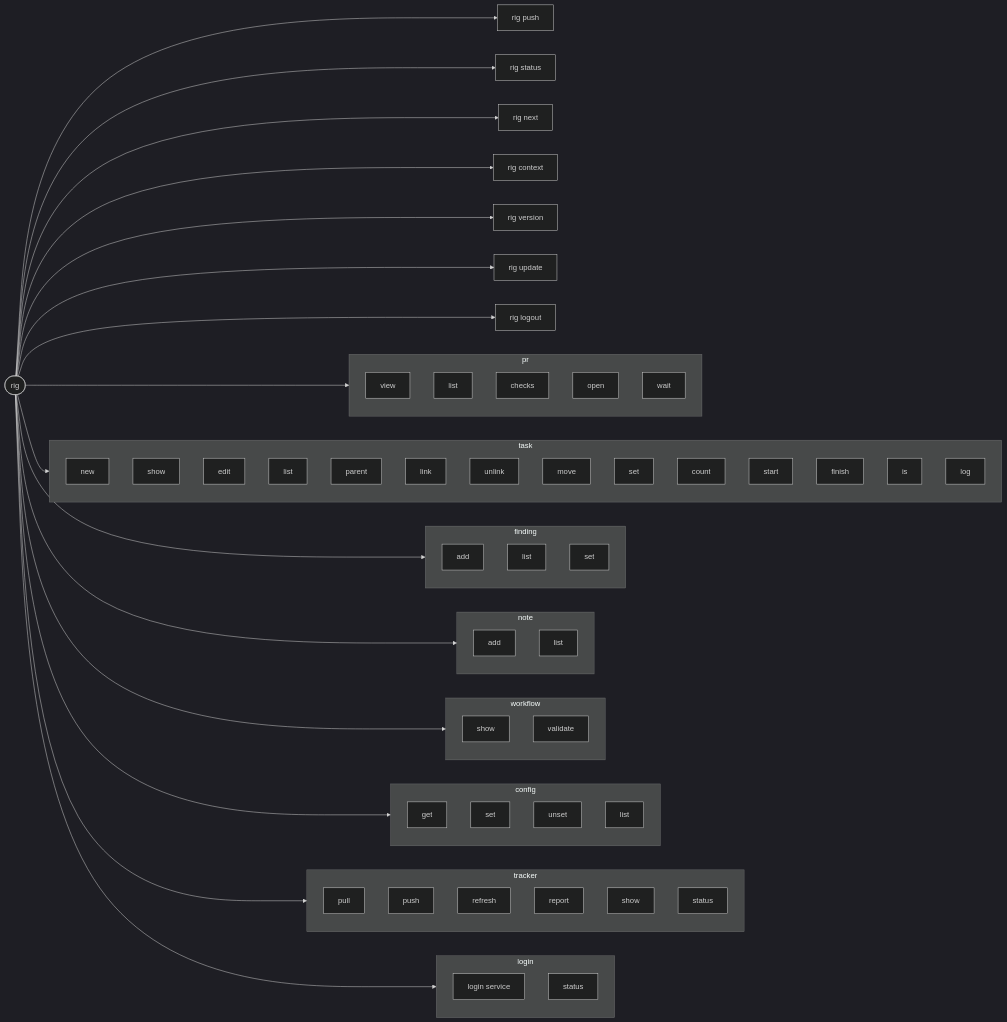
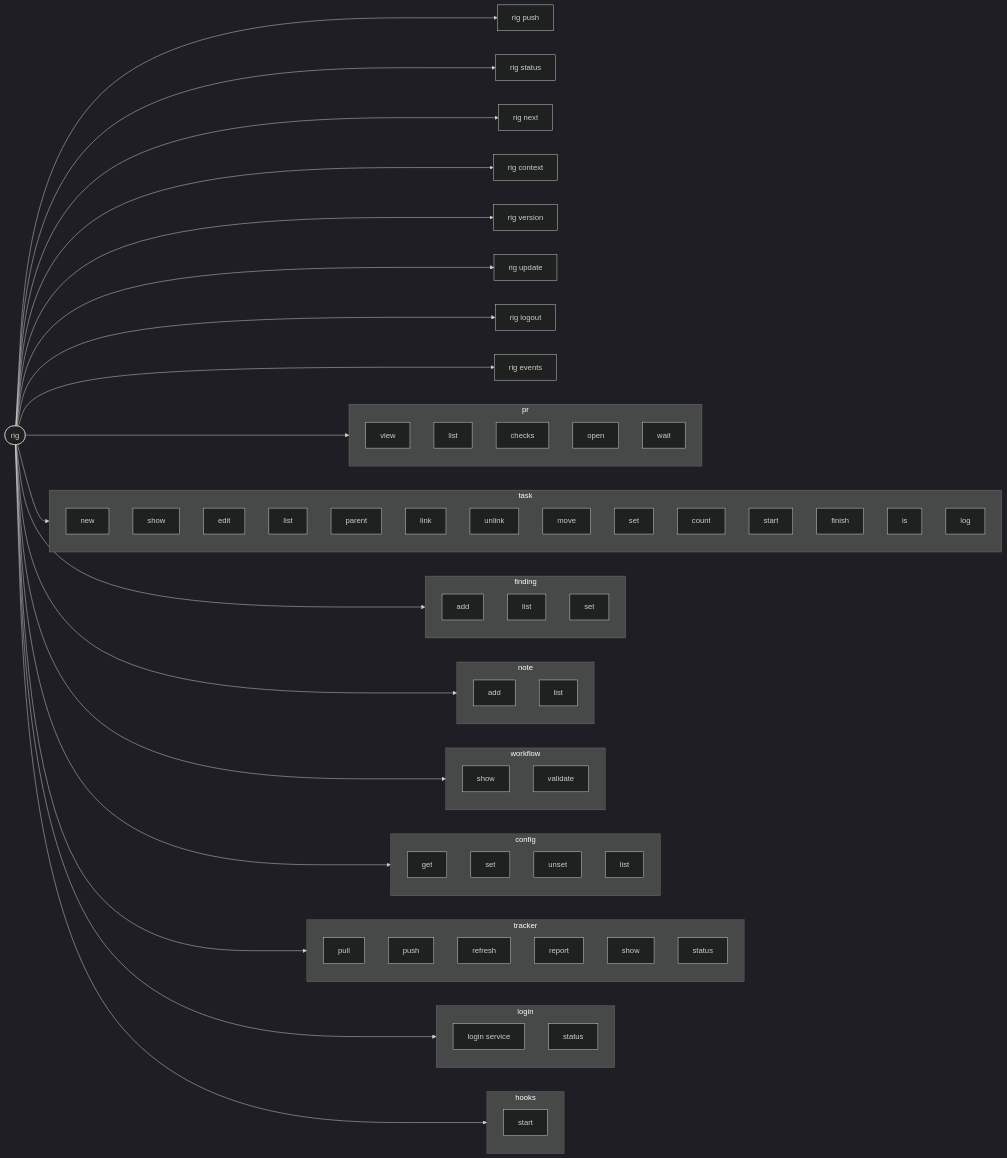
The first of 2 diagrams in README.md (AindriuB/rig), drawn with Mermaid (dark theme) before and after one commit. The commit also changed other lines of this file and 4 other files, not shown here.

````diff
--- a/README.md
+++ b/README.md
@@ -172,74 +176,79 @@
 ```mermaid
 %% alt: Every rig command grouped under its first word, with each subcommand as a node under its noun.
 flowchart LR
   rig([rig])
   rig --> push["rig push"]
   rig --> status["rig status"]
   rig --> next["rig next"]
   rig --> context["rig context"]
   rig --> version["rig version"]
   rig --> update["rig update"]
   rig --> pr
   rig --> task
   rig --> finding
   rig --> note
   rig --> workflow
   rig --> config
   rig --> tracker
   rig --> login
   rig --> logout["rig logout"]
+  rig --> events["rig events"]
+  rig --> hooks
   subgraph pr [pr]
     pr_view["view"]
     pr_list["list"]
     pr_checks["checks"]
     pr_open["open"]
     pr_wait["wait"]
   end
   subgraph task [task]
     task_new["new"]
     task_show["show"]
     task_edit["edit"]
     task_list["list"]
     task_parent["parent"]
     task_link["link"]
     task_unlink["unlink"]
     task_move["move"]
     task_set["set"]
     task_count["count"]
     task_start["start"]
     task_finish["finish"]
     task_is["is"]
     task_log["log"]
   end
   subgraph finding [finding]
     finding_add["add"]
     finding_list["list"]
     finding_set["set"]
   end
   subgraph note [note]
     note_add["add"]
     note_list["list"]
   end
   subgraph workflow [workflow]
     workflow_show["show"]
     workflow_validate["validate"]
   end
   subgraph config [config]
     config_get["get"]
     config_set["set"]
     config_unset["unset"]
     config_list["list"]
   end
+  subgraph hooks [hooks]
+    hooks_start["start"]
+  end
   subgraph tracker [tracker]
     tracker_pull["pull"]
     tracker_push["push"]
     tracker_refresh["refresh"]
     tracker_report["report"]
     tracker_show["show"]
     tracker_status["status"]
   end
   subgraph login [login]
     login_service["login service"]
     login_status["status"]
   end
 ```
````
